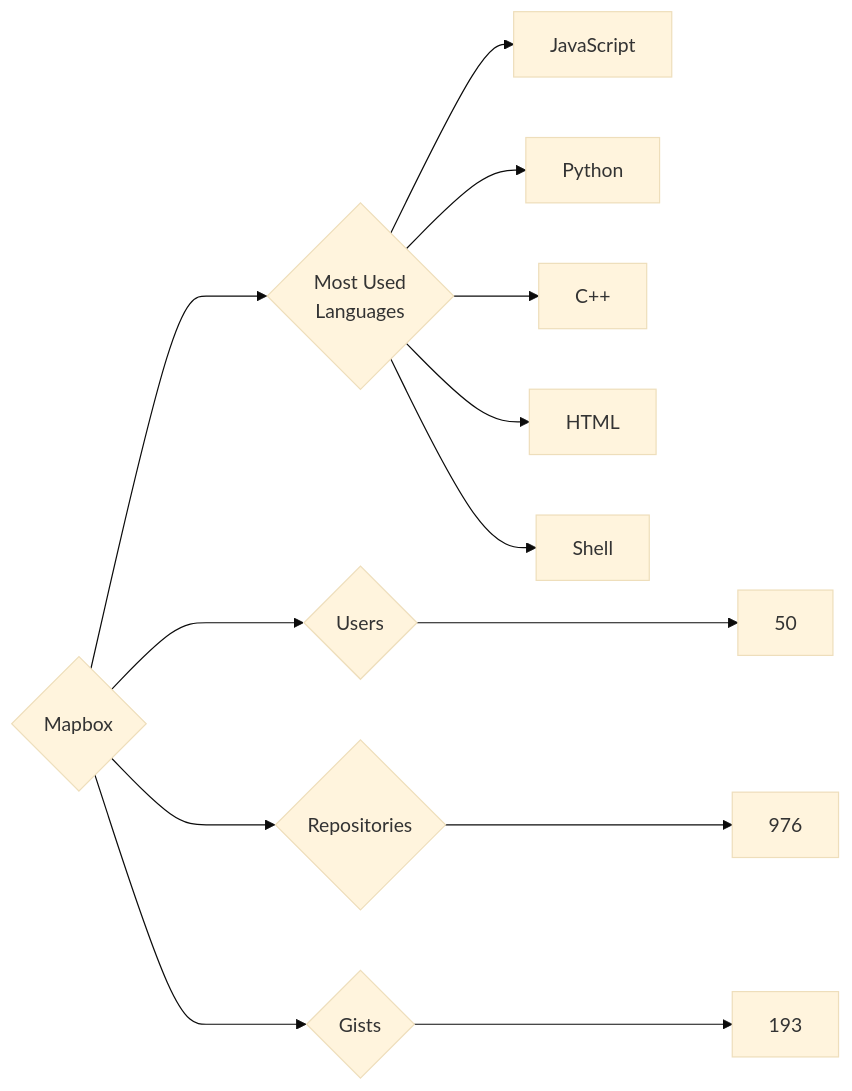
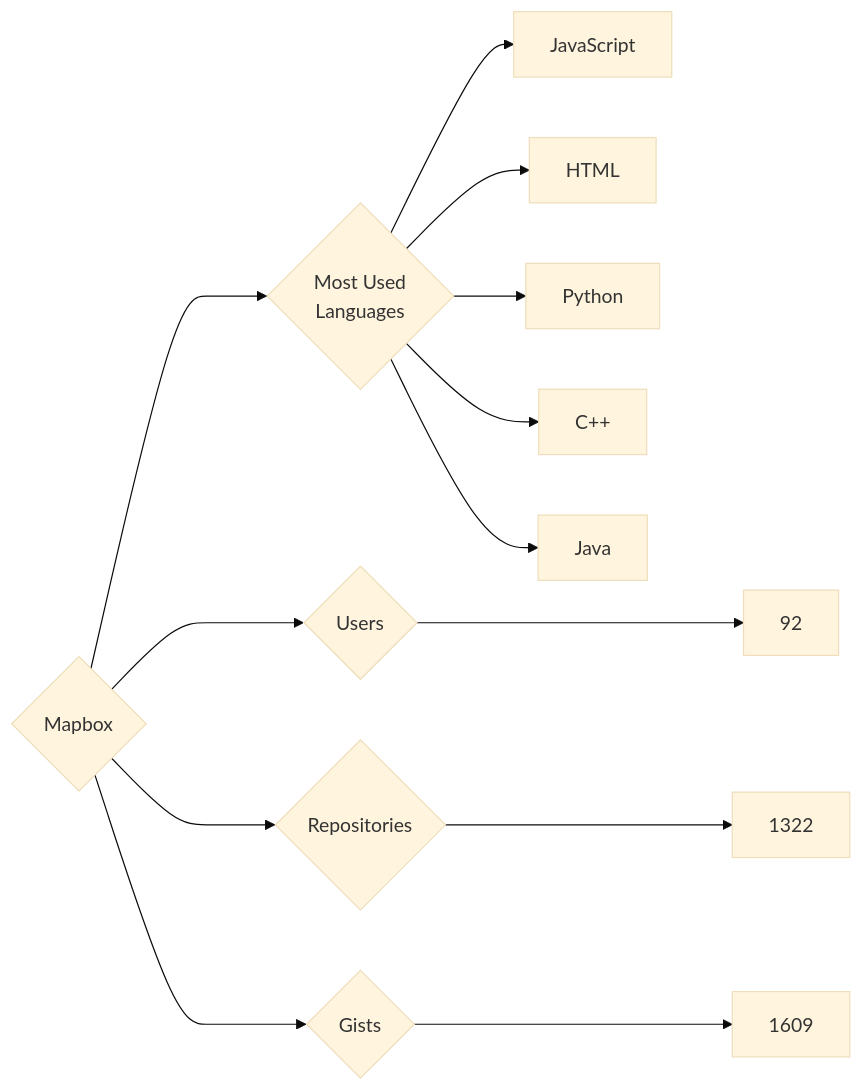
The diagram in targets/Mapbox/README.md (trickest/insiders), drawn with Mermaid (base theme) before and after one commit. The commit also changed 976 other files, not shown here.

````diff
--- a/targets/Mapbox/README.md
+++ b/targets/Mapbox/README.md
@@ -3,13 +3,13 @@
 ```mermaid
 graph LR
 COMPANY_NAME{Mapbox}
-COMPANY_NAME ---> U{Users} ---> UN[50]
-COMPANY_NAME ---> R{Repositories} ---> RN[976]
-COMPANY_NAME ---> G{Gists} ---> GN[193]
+COMPANY_NAME ---> U{Users} ---> UN[92]
+COMPANY_NAME ---> R{Repositories} ---> RN[1322]
+COMPANY_NAME ---> G{Gists} ---> GN[1609]
 COMPANY_NAME ---> ML{Most Used<br>Languages}
 ML --> JavaScript[JavaScript]
+ML --> HTML[HTML]
 ML --> Python[Python]
 ML --> C++[C++]
-ML --> HTML[HTML]
-ML --> Shell[Shell]
+ML --> Java[Java]
 ```
````
